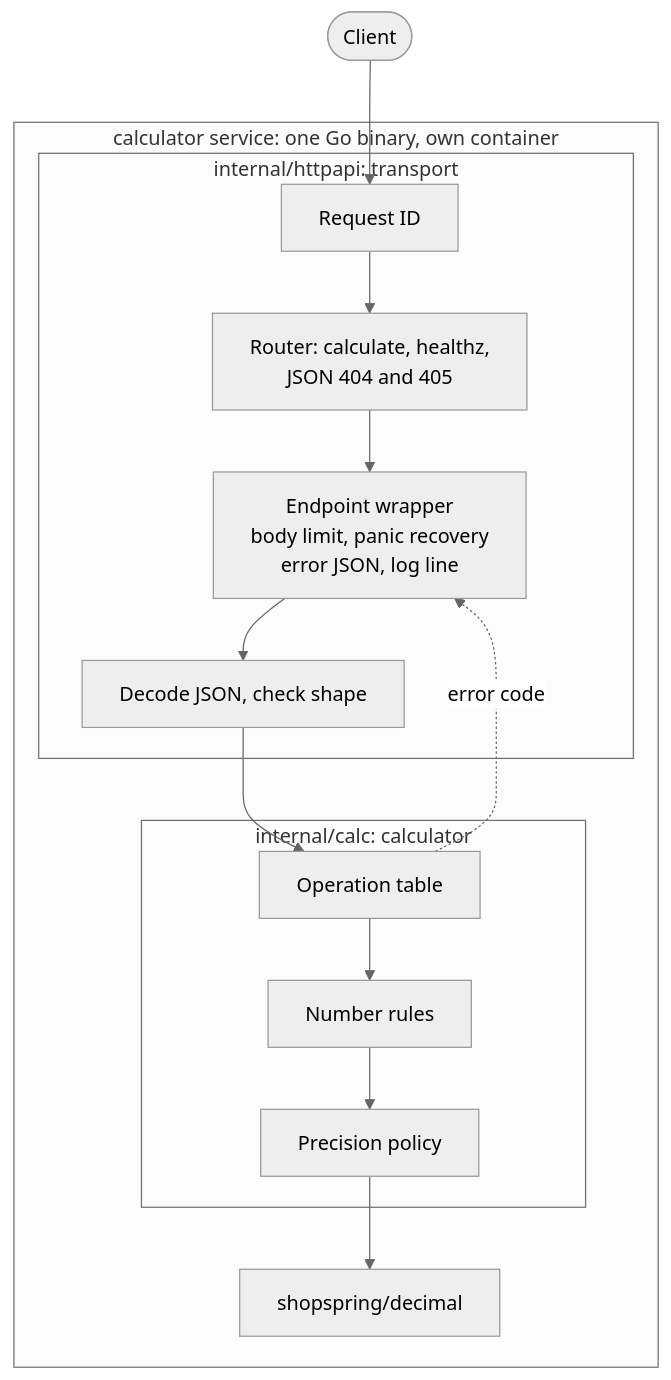
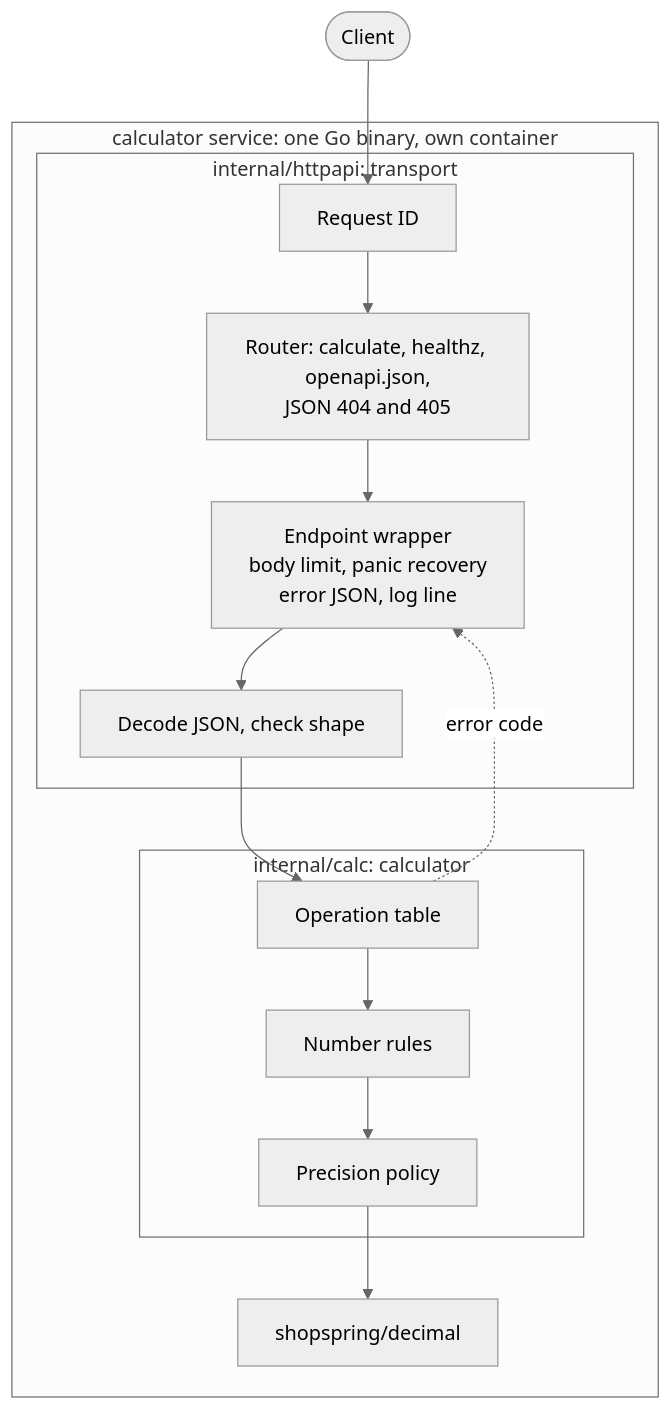
One commit to FurkanCodes/calculator changed the first of 2 diagrams in README.md. Above: the diagram before and after it, drawn with Mermaid (neutral theme). The commit also changed other lines of this file and 11 other files, not shown here.

````diff
--- a/README.md
+++ b/README.md
@@ -157,21 +184,21 @@
 ```mermaid
 flowchart TB
     client(["Client"])
     subgraph service["calculator service: one Go binary, own container"]
         subgraph transport["internal/httpapi: transport"]
             rid["Request ID"]
-            router["Router: calculate, healthz,<br/>JSON 404 and 405"]
+            router["Router: calculate, healthz, openapi.json,<br/>JSON 404 and 405"]
             endpoint["Endpoint wrapper<br/>body limit, panic recovery<br/>error JSON, log line"]
             decode["Decode JSON, check shape"]
         end
         subgraph calculator["internal/calc: calculator"]
             dispatch["Operation table"]
             numbers["Number rules"]
             policy["Precision policy"]
         end
         decimal["shopspring/decimal"]
     end
     client --> rid --> router --> endpoint --> decode --> dispatch
     dispatch --> numbers --> policy --> decimal
     dispatch -.->|"error code"| endpoint
 ```
````
